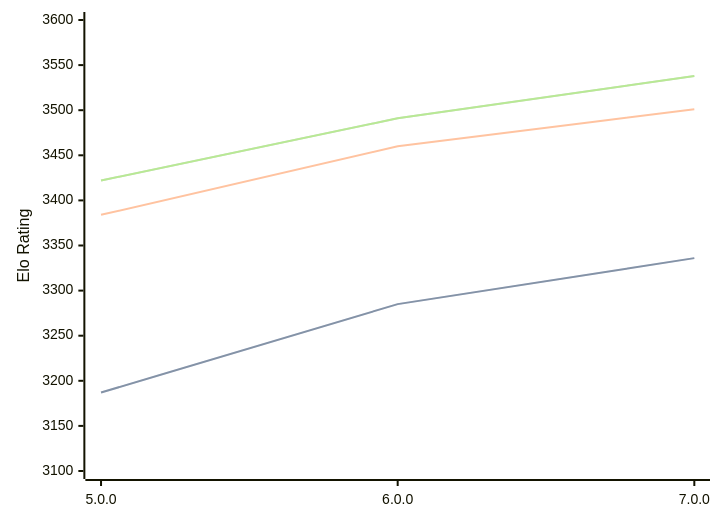
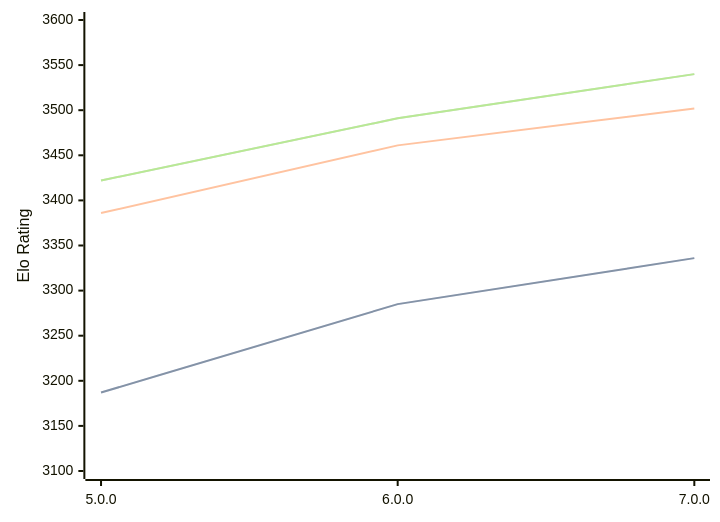
The first of 3 diagrams in engines/Stormphrax.md (computer-chess-index/cci), drawn with Mermaid before and after one commit. The commit also changed other lines of this file, not shown here.

Commit message:
Update CCI Ratings (ELO VLTC) - 2026-06-24

````diff
--- a/engines/Stormphrax.md
+++ b/engines/Stormphrax.md
@@ -38,11 +38,11 @@
 ```mermaid
 %%{init: {"theme":"base","themeVariables":{"seriesColors:['#a3a3a3','#222221','#faa371']}}}%%
 xychart-beta
   x-axis ["5.0.0", "6.0.0", "7.0.0"]
   y-axis "Elo Rating" 3100 --> 3600
   line "STC (8.0+0.08s)" [3187, 3285, 3336]
   line "STC (8.0+0.08s)" [3187, 3285, 3336]
-  line "LTC (60.0+0.60s)" [3384, 3460, 3501]
-  line "VLTC (2m24s+1.12s)" [3422, 3491, 3538]
-  line "VLTC (2m24s+1.12s)" [3422, 3491, 3538]
+  line "LTC (60.0+0.60s)" [3386, 3461, 3502]
+  line "VLTC (2m24s+1.12s)" [3422, 3491, 3540]
+  line "VLTC (2m24s+1.12s)" [3422, 3491, 3540]
 ```
````
